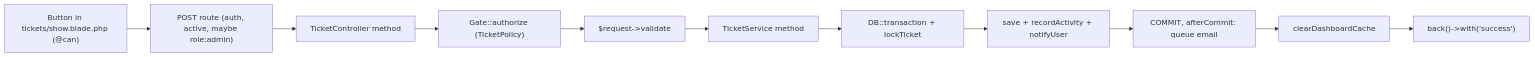
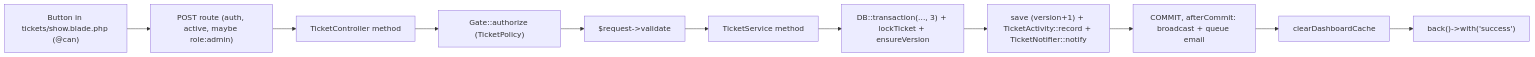
One commit to Saif-Mahmud-Khan-Dourjoy/ResolveDesk changed the first of 2 diagrams in docs/05-MODULE-WISE-CODE-EXPLANATION.md. Above: the diagram before and after it, drawn with Mermaid. The commit also changed other lines of this file and 140 other files, not shown here.

````diff
--- a/docs/05-MODULE-WISE-CODE-EXPLANATION.md
+++ b/docs/05-MODULE-WISE-CODE-EXPLANATION.md
@@ -57,13 +77,13 @@
 ```mermaid
 flowchart LR
     A["Button in tickets/show.blade.php (@can)"] --> B["POST route (auth, active, maybe role:admin)"]
     B --> C["TicketController method"]
     C --> D["Gate::authorize (TicketPolicy)"]
     D --> E["$request->validate"]
     E --> F["TicketService method"]
-    F --> G["DB::transaction + lockTicket"]
-    G --> H["save + recordActivity + notifyUser"]
-    H --> I["COMMIT, afterCommit: queue email"]
+    F --> G["DB::transaction(..., 3) + lockTicket + ensureVersion"]
+    G --> H["save (version+1) + TicketActivity::record + TicketNotifier::notify"]
+    H --> I["COMMIT, afterCommit: broadcast + queue email"]
     I --> J["clearDashboardCache"]
     J --> K["back()->with('success')"]
 ```
````
